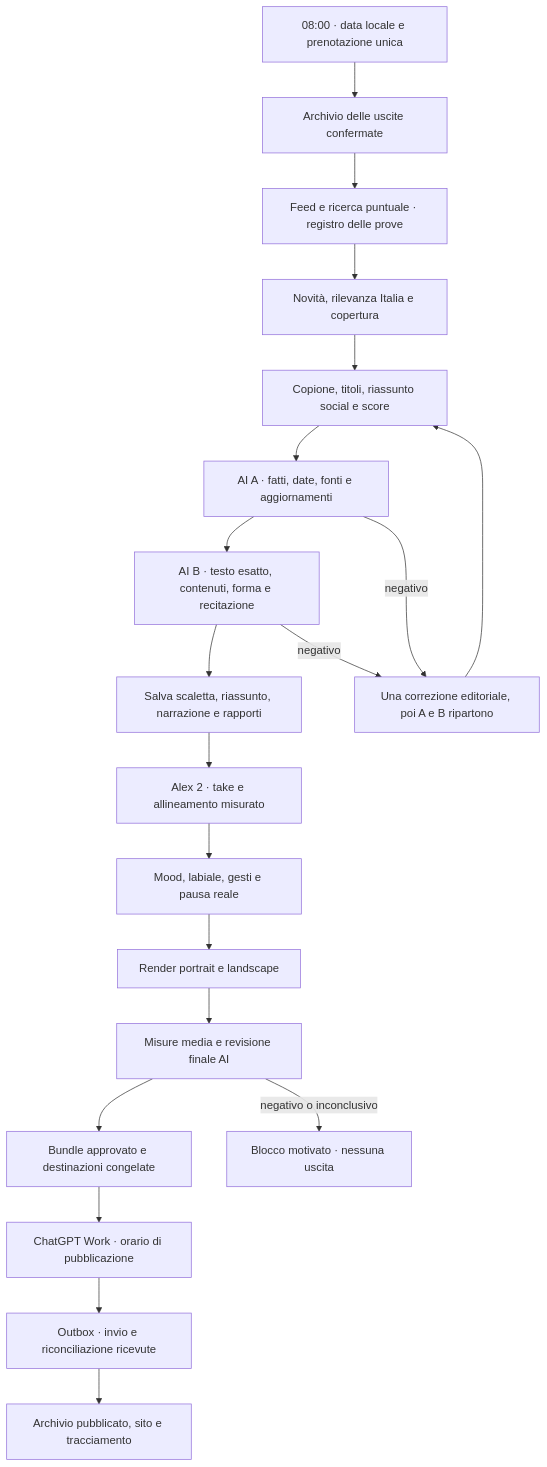
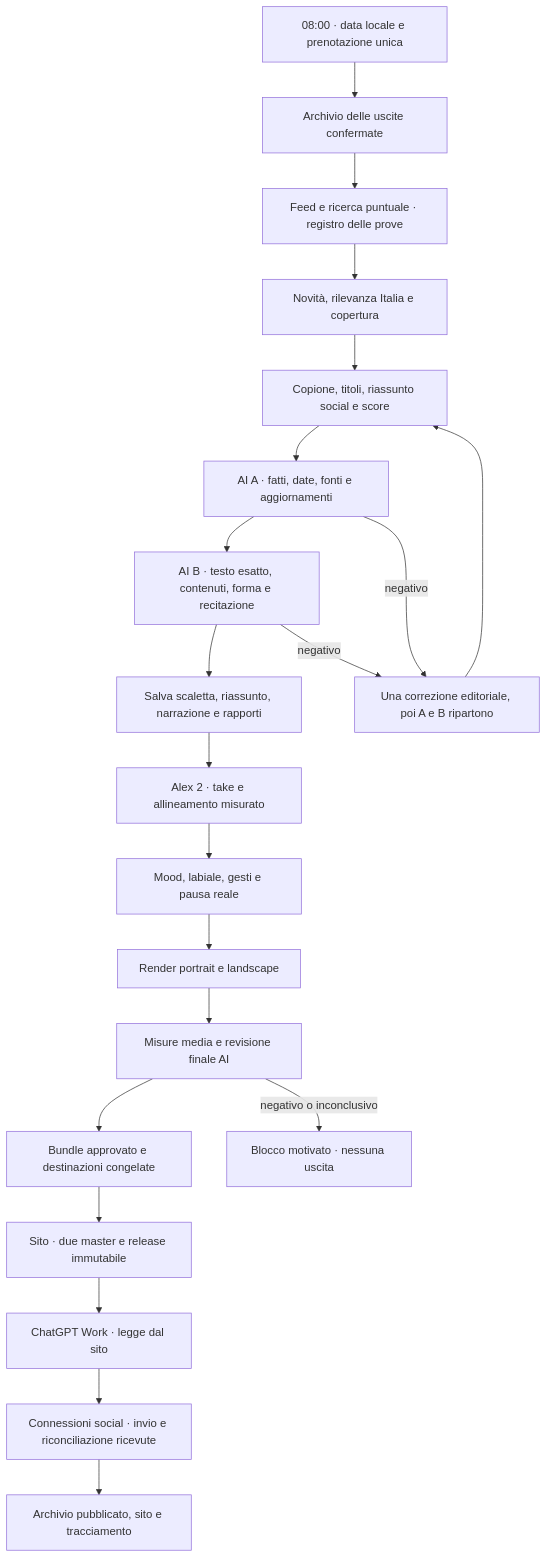
The diagram in docs/tg/cdaily-agent-runbook.md (vgflutter/conclavia-meeting-avatar), drawn with Mermaid before and after one commit. The commit also changed other lines of this file and 18 other files, not shown here.

````diff
--- a/docs/tg/cdaily-agent-runbook.md
+++ b/docs/tg/cdaily-agent-runbook.md
@@ -88,22 +90,23 @@
 ```mermaid
 flowchart TD
   S[08:00 · data locale e prenotazione unica] --> H[Archivio delle uscite confermate]
   H --> R[Feed e ricerca puntuale · registro delle prove]
   R --> N[Novità, rilevanza Italia e copertura]
   N --> E[Copione, titoli, riassunto social e score]
   E --> A[AI A · fatti, date, fonti e aggiornamenti]
   A --> B[AI B · testo esatto, contenuti, forma e recitazione]
   B --> T[Salva scaletta, riassunto, narrazione e rapporti]
   T --> V[Alex 2 · take e allineamento misurato]
   V --> M[Mood, labiale, gesti e pausa reale]
   M --> F[Render portrait e landscape]
   F --> Q[Misure media e revisione finale AI]
   Q --> P[Bundle approvato e destinazioni congelate]
-  P --> W[ChatGPT Work · orario di pubblicazione]
-  W --> O[Outbox · invio e riconciliazione ricevute]
+  P --> SITE[Sito · due master e release immutabile]
+  SITE --> W[ChatGPT Work · legge dal sito]
+  W --> O[Connessioni social · invio e riconciliazione ricevute]
   O --> D[Archivio pubblicato, sito e tracciamento]
   A -->|negativo| X[Una correzione editoriale, poi A e B ripartono]
   B -->|negativo| X
   X --> E
   Q -->|negativo o inconclusivo| STOP[Blocco motivato · nessuna uscita]
 ```
````
